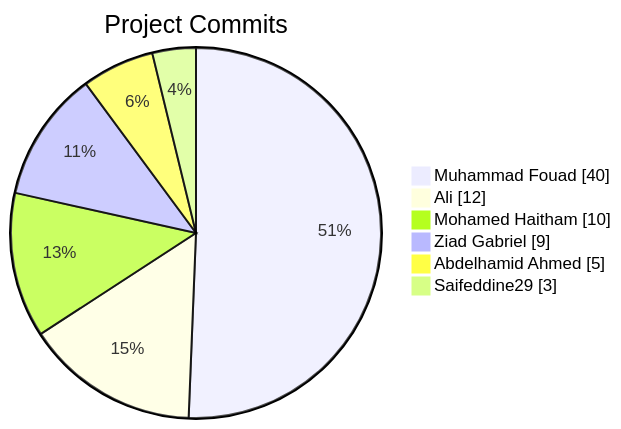
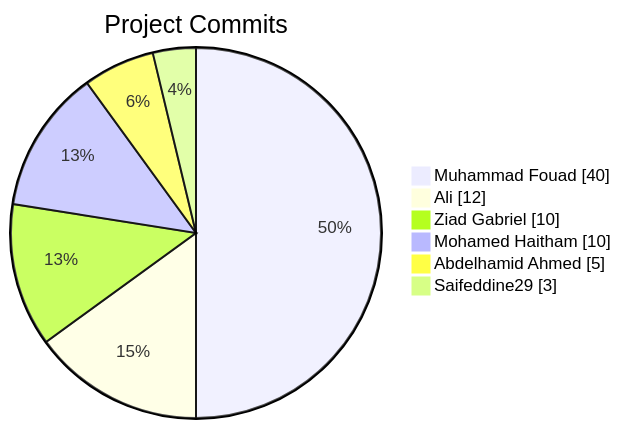
Before and after one commit to Abdelhamid-El-rashidy/Library_System: the diagram in README.md, drawn with Mermaid.

Commit message:
docs: update contributor stats [skip ci]

````diff
--- a/README.md
+++ b/README.md
@@ -6,10 +6,10 @@
 ```mermaid
 pie showData
     title Project Commits
     "Muhammad Fouad" : 40
     "Ali" : 12
+    "Ziad Gabriel" : 10
     "Mohamed Haitham" : 10
-    "Ziad Gabriel" : 9
     "Abdelhamid Ahmed" : 5
     "Saifeddine29" : 3
 ```
````
